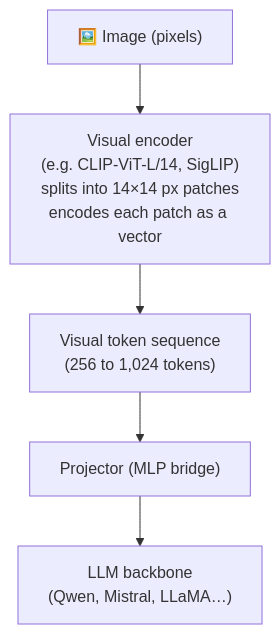
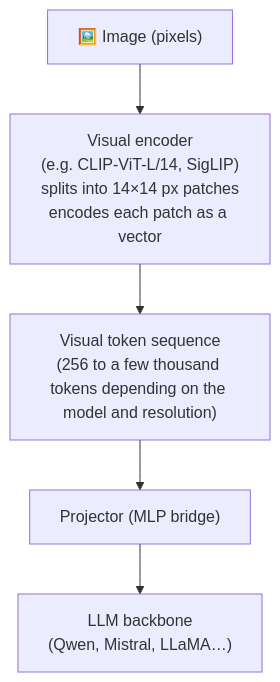
One commit to DamienBecherini/ia-on-prem-vault changed the first of 2 diagrams in en/01-fondations/multimodality-vram-impact.md. Above: the diagram before and after it, drawn with Mermaid. The commit also changed other lines of this file and 11 other files, not shown here.

````diff
--- a/en/01-fondations/multimodality-vram-impact.md
+++ b/en/01-fondations/multimodality-vram-impact.md
@@ -30,7 +30,7 @@
 ```mermaid
 flowchart TD
     A["🖼️ Image (pixels)"] --> B["Visual encoder\n(e.g. CLIP-ViT-L/14, SigLIP)\nsplits into 14×14 px patches\nencodes each patch as a vector"]
-    B --> C["Visual token sequence\n(256 to 1,024 tokens)"]
+    B --> C["Visual token sequence\n(256 to a few thousand tokens depending on the model and resolution)"]
     C --> D["Projector (MLP bridge)"]
     D --> E["LLM backbone\n(Qwen, Mistral, LLaMA…)"]
 ```
````
